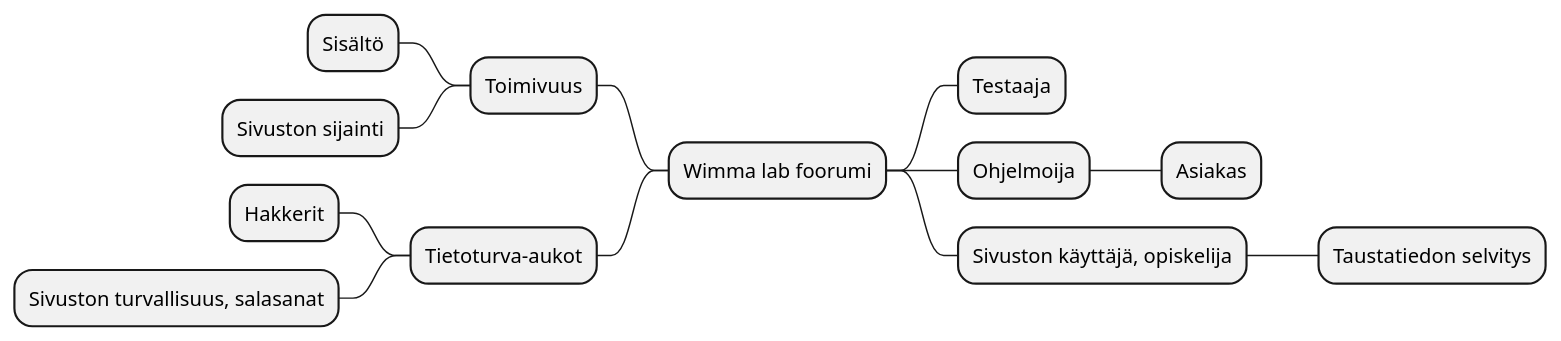
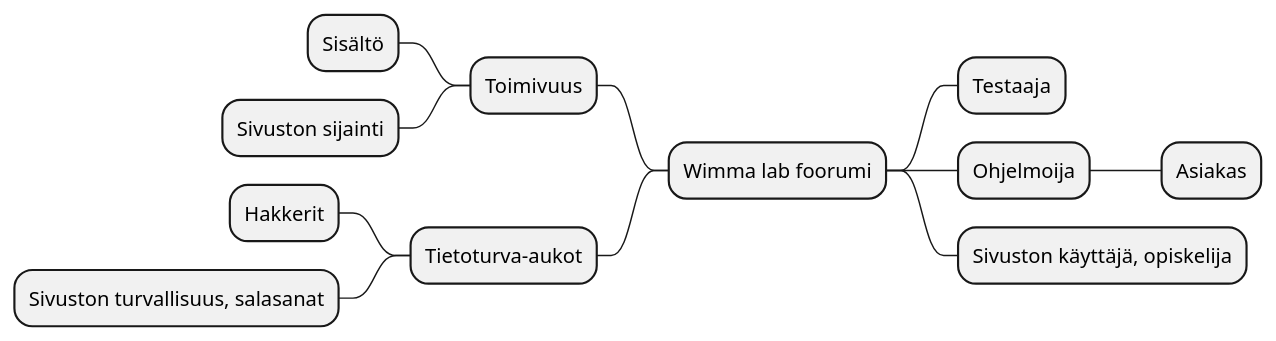
The first of 5 diagrams in dokumentit/20-Vaatimustenhallinta/vaatimusmaaritely-tiivis.md (Pipe80/Projekti-ja-k-yt-neteet-kurssi), drawn with PlantUML before and after one commit.

````diff
--- a/dokumentit/20-Vaatimustenhallinta/vaatimusmaaritely-tiivis.md
+++ b/dokumentit/20-Vaatimustenhallinta/vaatimusmaaritely-tiivis.md
@@ -23,16 +23,15 @@
 ```plantuml
 @startmindmap
 + Wimma lab foorumi
 ++ Testaaja
 ++ Ohjelmoija
 +++ Asiakas
 ++ Sivuston käyttäjä, opiskelija
-+++ Taustatiedon selvitys
 -- Toimivuus
 --- Sisältö
 --- Sivuston sijainti
 -- Tietoturva-aukot
 --- Hakkerit
 --- Sivuston turvallisuus, salasanat
 @endmindmap
 ```
````
